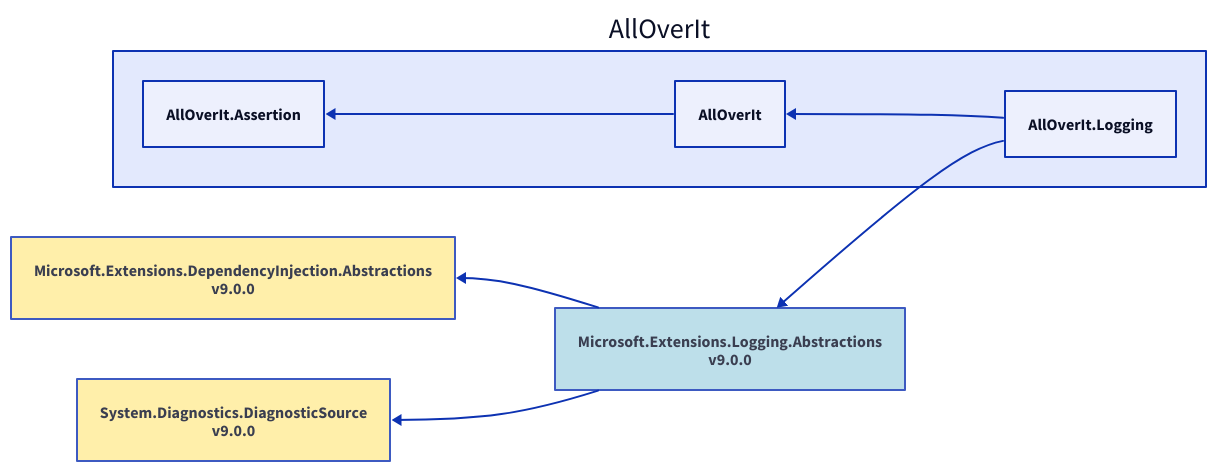
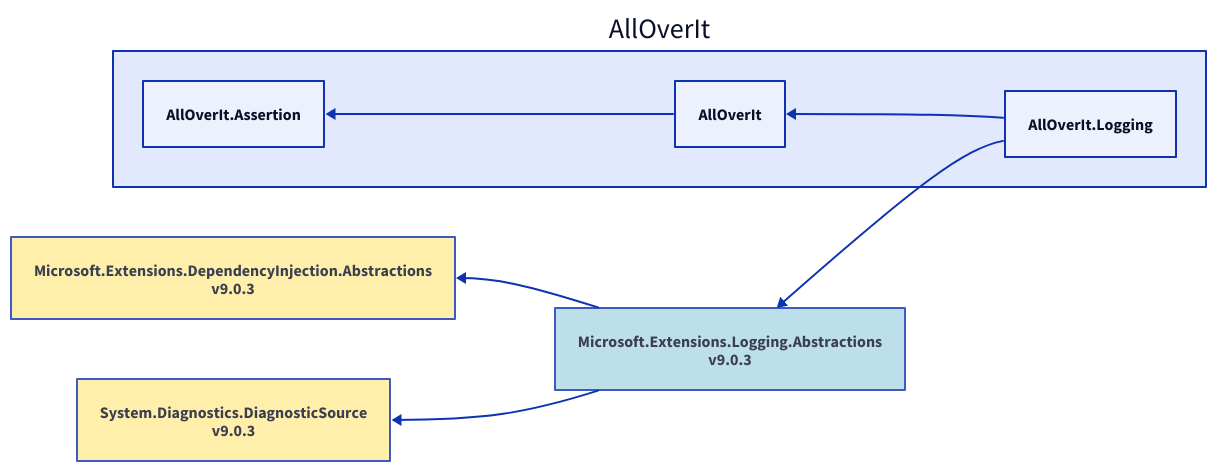
The diagram in Docs/Reference/Content/images/dependencies/net9.0/alloverit-logging.d2 (mjfreelancing/AllOverIt), drawn with D2 before and after one commit. The commit also changed 236 other files, not shown here.

```diff
--- a/Docs/Reference/Content/images/dependencies/net9.0/alloverit-logging.d2
+++ b/Docs/Reference/Content/images/dependencies/net9.0/alloverit-logging.d2
@@ -1,20 +1,20 @@
 direction: left
 
 aoi: AllOverIt
 aoi.alloverit-logging: AllOverIt.Logging
-microsoft-extensions-logging-abstractions_9-0-0: Microsoft.Extensions.Logging.Abstractions\nv9.0.0
-microsoft-extensions-logging-abstractions_9-0-0.style.fill: "#ADD8E6"
-microsoft-extensions-logging-abstractions_9-0-0.style.opacity: 0.8
-microsoft-extensions-dependencyinjection-abstractions_9-0-0: Microsoft.Extensions.DependencyInjection.Abstractions\nv9.0.0
-microsoft-extensions-dependencyinjection-abstractions_9-0-0.style.fill: "#FFEC96"
-microsoft-extensions-dependencyinjection-abstractions_9-0-0.style.opacity: 0.8
-microsoft-extensions-dependencyinjection-abstractions_9-0-0 <- microsoft-extensions-logging-abstractions_9-0-0
-system-diagnostics-diagnosticsource_9-0-0: System.Diagnostics.DiagnosticSource\nv9.0.0
-system-diagnostics-diagnosticsource_9-0-0.style.fill: "#FFEC96"
-system-diagnostics-diagnosticsource_9-0-0.style.opacity: 0.8
-system-diagnostics-diagnosticsource_9-0-0 <- microsoft-extensions-logging-abstractions_9-0-0
-microsoft-extensions-logging-abstractions_9-0-0 <- aoi.alloverit-logging
+microsoft-extensions-logging-abstractions_9-0-3: Microsoft.Extensions.Logging.Abstractions\nv9.0.3
+microsoft-extensions-logging-abstractions_9-0-3.style.fill: "#ADD8E6"
+microsoft-extensions-logging-abstractions_9-0-3.style.opacity: 0.8
+microsoft-extensions-dependencyinjection-abstractions_9-0-3: Microsoft.Extensions.DependencyInjection.Abstractions\nv9.0.3
+microsoft-extensions-dependencyinjection-abstractions_9-0-3.style.fill: "#FFEC96"
+microsoft-extensions-dependencyinjection-abstractions_9-0-3.style.opacity: 0.8
+microsoft-extensions-dependencyinjection-abstractions_9-0-3 <- microsoft-extensions-logging-abstractions_9-0-3
+system-diagnostics-diagnosticsource_9-0-3: System.Diagnostics.DiagnosticSource\nv9.0.3
+system-diagnostics-diagnosticsource_9-0-3.style.fill: "#FFEC96"
+system-diagnostics-diagnosticsource_9-0-3.style.opacity: 0.8
+system-diagnostics-diagnosticsource_9-0-3 <- microsoft-extensions-logging-abstractions_9-0-3
+microsoft-extensions-logging-abstractions_9-0-3 <- aoi.alloverit-logging
 aoi.alloverit: AllOverIt
 aoi.alloverit-assertion: AllOverIt.Assertion
 aoi.alloverit-assertion <- aoi.alloverit
 aoi.alloverit <- aoi.alloverit-logging
```
